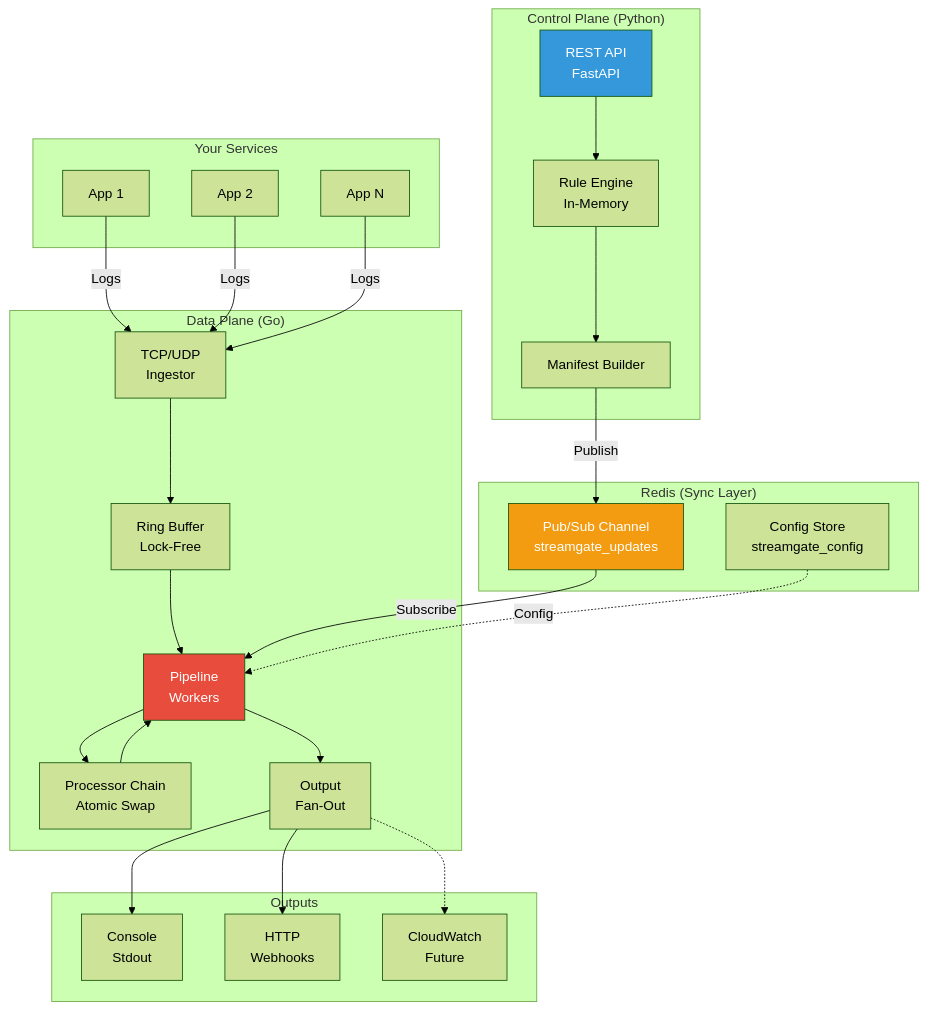
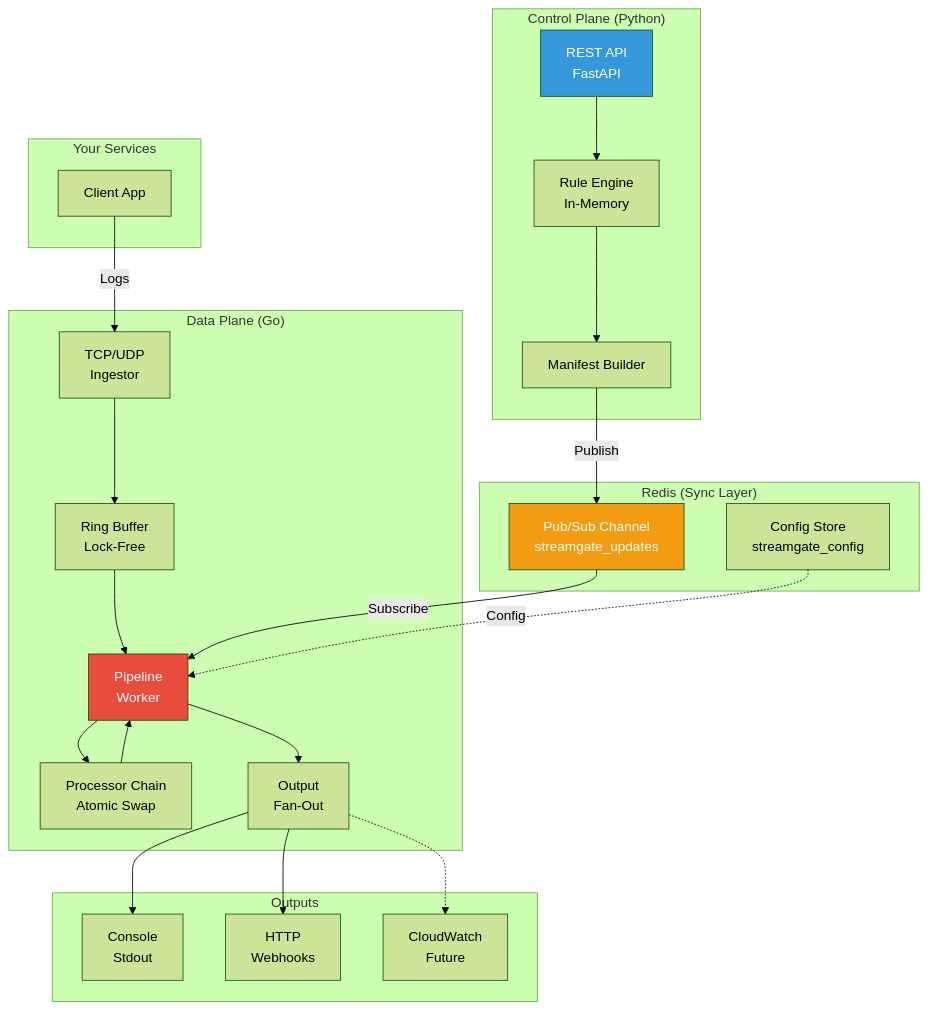
The diagram in README.md (sashu2310/streamgate), drawn with Mermaid (forest theme) before and after one commit.

Commit message:
docs: Update architecture diagrams to show a single pipeline worker and client app, and remove a multi-writer comment from the buffer.

````diff
--- a/README.md
+++ b/README.md
@@ -50,51 +50,49 @@
 ```mermaid
 graph TB
     subgraph "Control Plane (Python)"
         A[REST API<br/>FastAPI]
         B[Rule Engine<br/>In-Memory]
         C[Manifest Builder]
         A --> B --> C
     end
     
     subgraph "Redis (Sync Layer)"
         D[Pub/Sub Channel<br/>streamgate_updates]
         E[Config Store<br/>streamgate_config]
     end
     
     subgraph "Data Plane (Go)"
         F[TCP/UDP<br/>Ingestor]
         G[Ring Buffer<br/>Lock-Free]
-        H[Pipeline<br/>Workers]
+        H[Pipeline<br/>Worker]
         I[Processor Chain<br/>Atomic Swap]
         J[Output<br/>Fan-Out]
         
         F --> G --> H
         H --> I --> H
         H --> J
     end
     
     subgraph "Outputs"
         K[Console<br/>Stdout]
         L[HTTP<br/>Webhooks]
         M[CloudWatch<br/>Future]
     end
     
     C -->|Publish| D
     D -->|Subscribe| H
     E -.Config.-> H
     J --> K
     J --> L
     J -.-> M
     
     subgraph "Your Services"
-        N[App 1]
-        O[App 2]
-        P[App N]
+        N[Client App]
     end
     
-    N & O & P -->|Logs| F
+    N -->|Logs| F
     
     style A fill:#3498db,color:#fff
     style H fill:#e74c3c,color:#fff
     style D fill:#f39c12,color:#fff
 ```
````
